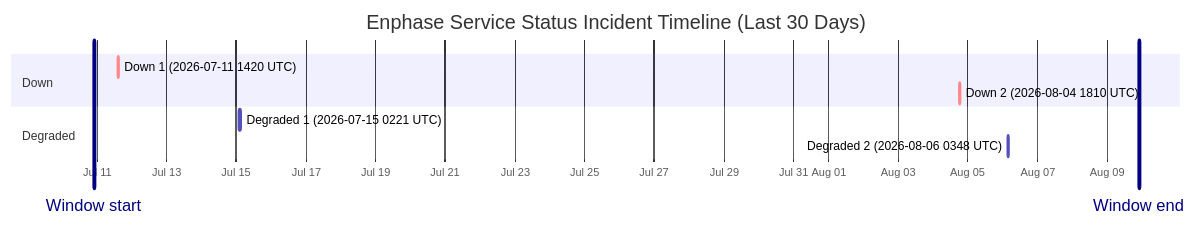
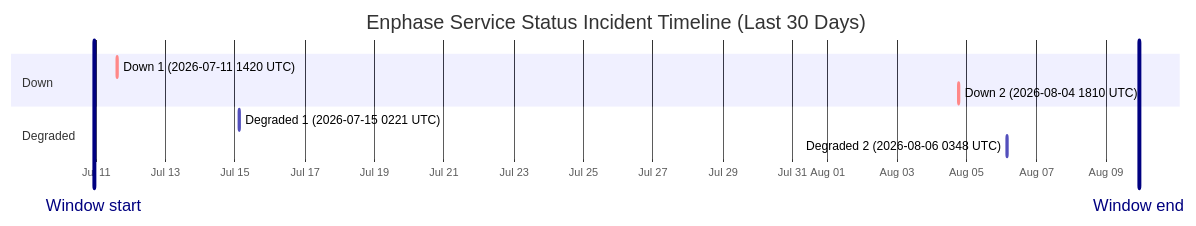
The diagram in wiki/Service-Status-History.md (barneyonline/ha-enphase-energy), drawn with Mermaid before and after one commit. The commit also changed other lines of this file and 3 other files, not shown here.

````diff
--- a/wiki/Service-Status-History.md
+++ b/wiki/Service-Status-History.md
@@ -14,14 +14,14 @@
 ```mermaid
 gantt
     title Enphase Service Status Incident Timeline (Last 30 Days)
     dateFormat  YYYY-MM-DDTHH:mm:ss
     axisFormat  %b %d
-    Window start :vert, window-start, 2026-07-10T21:59:59, 0ms
-    Window end :vert, window-end, 2026-08-09T21:59:59, 0ms
+    Window start :vert, window-start, 2026-07-10T22:40:26, 0ms
+    Window end :vert, window-end, 2026-08-09T22:40:26, 0ms
     section Down
     Down 1 (2026-07-11 1420 UTC) :crit, down-1, 2026-07-11T14:20:54, 69m
     Down 2 (2026-08-04 1810 UTC) :crit, down-2, 2026-08-04T18:10:46, 60m
     section Degraded
     Degraded 1 (2026-07-15 0221 UTC) :active, degraded-1, 2026-07-15T02:21:35, 60m
     Degraded 2 (2026-08-06 0348 UTC) :active, degraded-2, 2026-08-06T03:48:14, 60m
 ```
````
